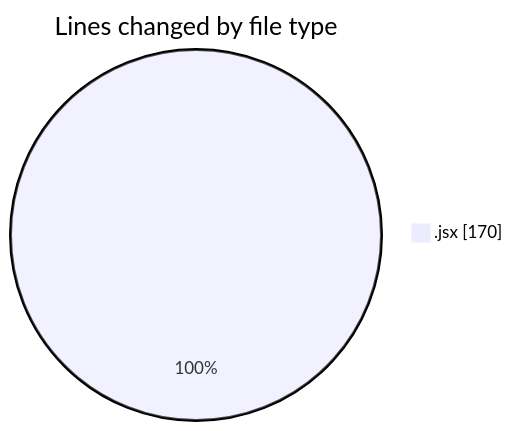
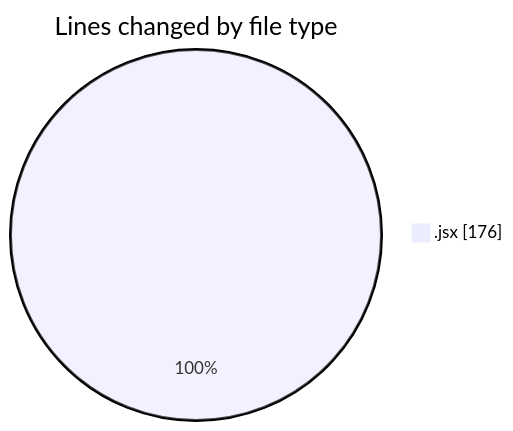
One commit to JenPaints/code-tracking changed the first of 2 diagrams in 2025-06-20/3d-gsap-scroll-template-main/README.md. Above: the diagram before and after it, drawn with Mermaid. The commit also changed other lines of this file and 1 other file, not shown here.

````diff
--- a/2025-06-20/3d-gsap-scroll-template-main/README.md
+++ b/2025-06-20/3d-gsap-scroll-template-main/README.md
@@ -22,5 +22,5 @@
 ```mermaid
 pie showData
 title Lines changed by file type
-".jsx" : 170
+".jsx" : 176
 ```
````
